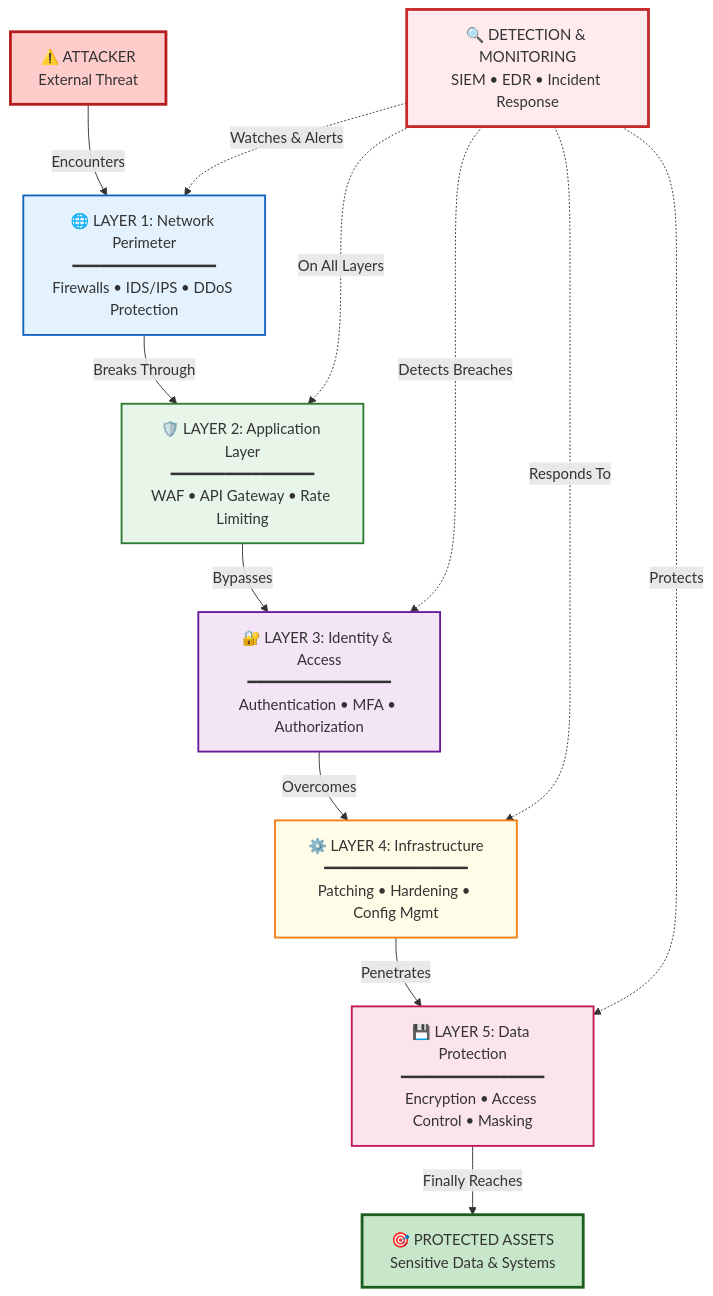
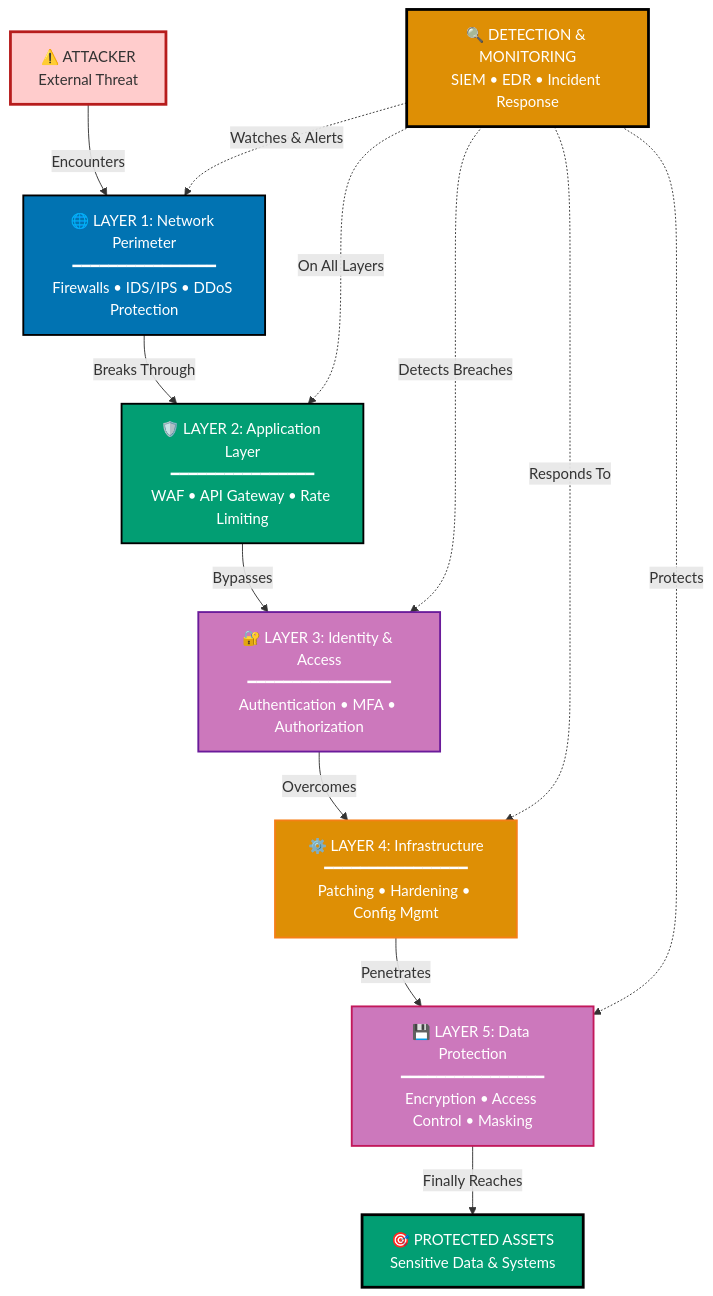
Before and after one commit to wahidyankf/open-sharia-enterprise: the first of 4 diagrams in docs/explanation/information-security/ex-inse__defensive-security.md, drawn with Mermaid. The commit also changed other lines of this file and 22 other files, not shown here.

First line of the commit message:
docs(diagrams): ensure all mermaid diagrams use color-blind friendly palette

````diff
--- a/docs/explanation/information-security/ex-inse__defensive-security.md
+++ b/docs/explanation/information-security/ex-inse__defensive-security.md
@@ -208,32 +213,32 @@
 ```mermaid
 graph TD
     Attacker["⚠️ ATTACKER<br/>External Threat"]
 
     Attacker -->|Encounters| Layer1["🌐 LAYER 1: Network Perimeter<br/>━━━━━━━━━━━━━━━━<br/>Firewalls • IDS/IPS • DDoS Protection"]
 
     Layer1 -->|Breaks Through| Layer2["🛡️ LAYER 2: Application Layer<br/>━━━━━━━━━━━━━━━━<br/>WAF • API Gateway • Rate Limiting"]
 
     Layer2 -->|Bypasses| Layer3["🔐 LAYER 3: Identity & Access<br/>━━━━━━━━━━━━━━━━<br/>Authentication • MFA • Authorization"]
 
     Layer3 -->|Overcomes| Layer4["⚙️ LAYER 4: Infrastructure<br/>━━━━━━━━━━━━━━━━<br/>Patching • Hardening • Config Mgmt"]
 
     Layer4 -->|Penetrates| Layer5["💾 LAYER 5: Data Protection<br/>━━━━━━━━━━━━━━━━<br/>Encryption • Access Control • Masking"]
 
     Layer5 -->|Finally Reaches| Assets["🎯 PROTECTED ASSETS<br/>Sensitive Data & Systems"]
 
     Monitor["🔍 DETECTION & MONITORING<br/>SIEM • EDR • Incident Response"]
     Monitor -.->|Watches & Alerts| Layer1
     Monitor -.->|On All Layers| Layer2
     Monitor -.->|Detects Breaches| Layer3
     Monitor -.->|Responds To| Layer4
     Monitor -.->|Protects| Layer5
 
     style Attacker fill:#ffcccc,stroke:#b71c1c,stroke-width:3px
-    style Layer1 fill:#e3f2fd,stroke:#1565c0,stroke-width:2px
-    style Layer2 fill:#e8f5e9,stroke:#2e7d32,stroke-width:2px
-    style Layer3 fill:#f3e5f5,stroke:#6a1b9a,stroke-width:2px
-    style Layer4 fill:#fffde7,stroke:#f57f17,stroke-width:2px
-    style Layer5 fill:#fce4ec,stroke:#c2185b,stroke-width:2px
-    style Assets fill:#c8e6c9,stroke:#1b5e20,stroke-width:3px
-    style Monitor fill:#ffebee,stroke:#c62828,stroke-width:3px
+    style Layer1 fill:#0173B2,stroke:#000000,color:#FFFFFF,stroke-width:2px
+    style Layer2 fill:#029E73,stroke:#000000,color:#FFFFFF,stroke-width:2px
+    style Layer3 fill:#CC78BC,stroke:#000000,color:#FFFFFF,stroke:#6a1b9a,stroke-width:2px
+    style Layer4 fill:#DE8F05,stroke:#000000,color:#FFFFFF,stroke:#f57f17,stroke-width:2px
+    style Layer5 fill:#CC78BC,stroke:#000000,color:#FFFFFF,stroke:#c2185b,stroke-width:2px
+    style Assets fill:#029E73,stroke:#000000,color:#FFFFFF,stroke-width:3px
+    style Monitor fill:#DE8F05,stroke:#000000,color:#FFFFFF,stroke-width:3px
 ```
````
